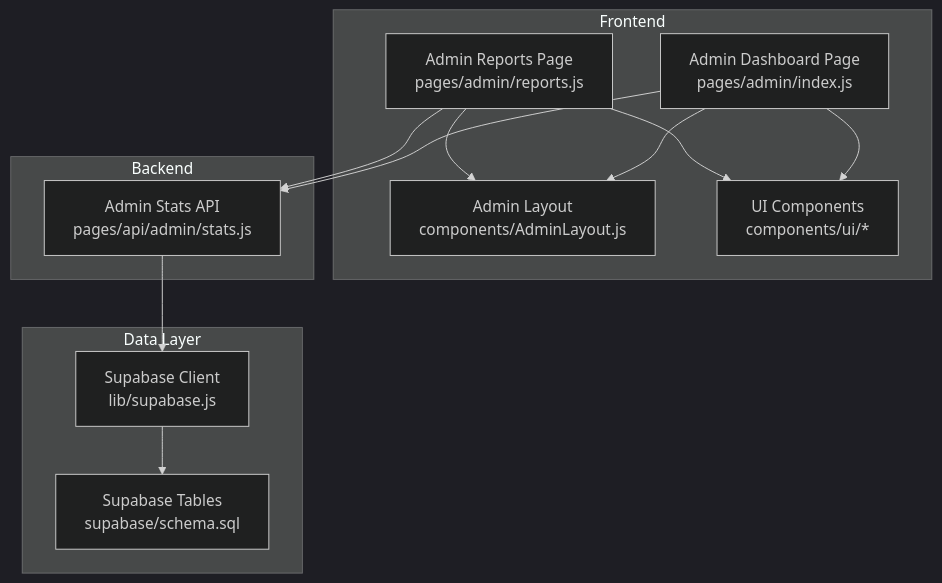
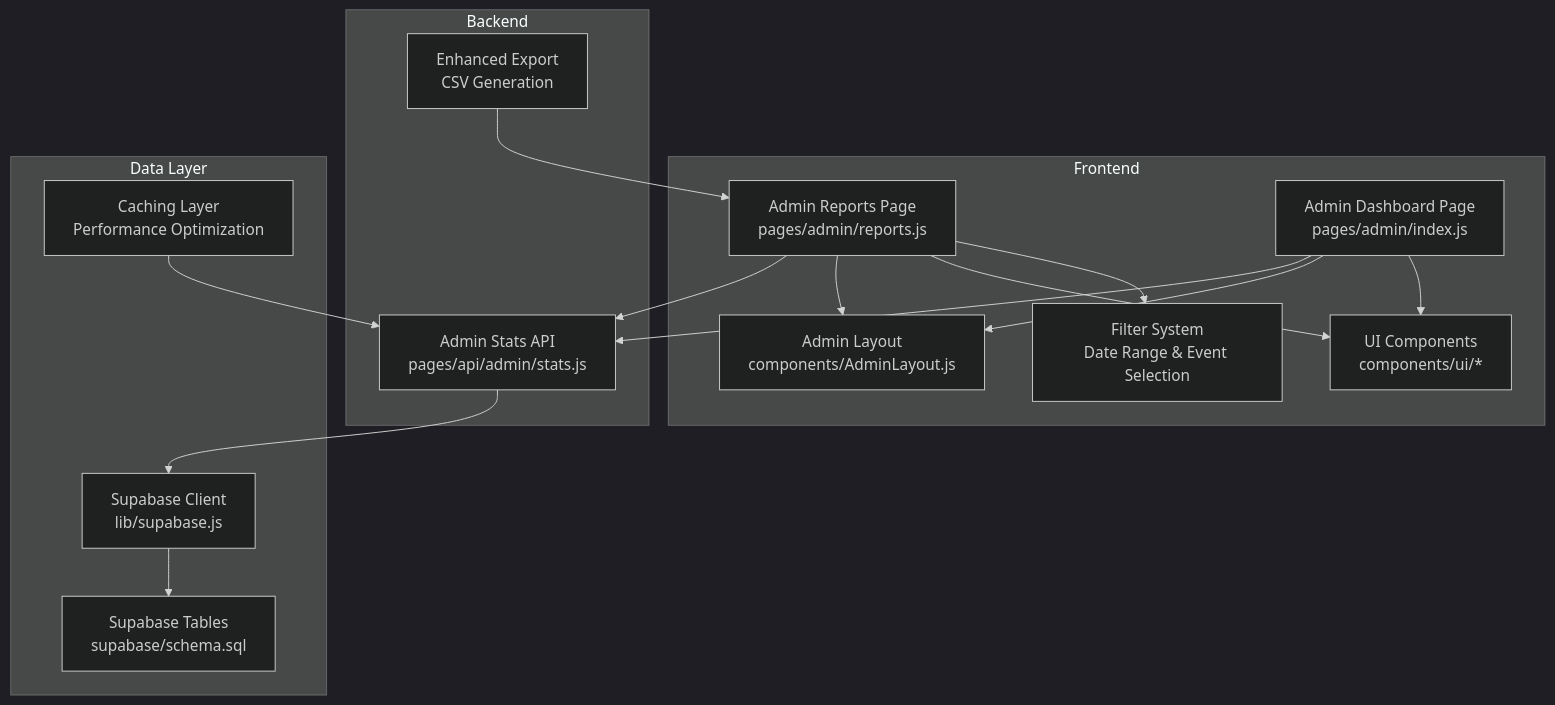
Before and after one commit to ObeyMuchechesi/TicketFlow: the first of 5 diagrams in .qoder/repowiki/en/content/Admin Dashboard/Analytics & Reports.md, drawn with Mermaid (dark theme). The commit also changed other lines of this file and 12 other files, not shown here.

First line of the commit message:
docs: EcoCash schema columns and project documentation refresh

````diff
--- a/.qoder/repowiki/en/content/Admin Dashboard/Analytics & Reports.md
+++ b/.qoder/repowiki/en/content/Admin Dashboard/Analytics & Reports.md
@@ -42,24 +57,30 @@
 ```mermaid
 graph TB
 subgraph "Frontend"
 R["Admin Reports Page<br/>pages/admin/reports.js"]
 D["Admin Dashboard Page<br/>pages/admin/index.js"]
 L["Admin Layout<br/>components/AdminLayout.js"]
 U["UI Components<br/>components/ui/*"]
+F["Filter System<br/>Date Range & Event Selection"]
 end
 subgraph "Backend"
 A["Admin Stats API<br/>pages/api/admin/stats.js"]
+E["Enhanced Export<br/>CSV Generation"]
 end
 subgraph "Data Layer"
 S["Supabase Client<br/>lib/supabase.js"]
 DB["Supabase Tables<br/>supabase/schema.sql"]
+C["Caching Layer<br/>Performance Optimization"]
 end
 R --> A
 D --> A
 R --> L
 D --> L
 R --> U
 D --> U
+R --> F
 A --> S
 S --> DB
+E --> R
+C --> A
 ```
````
